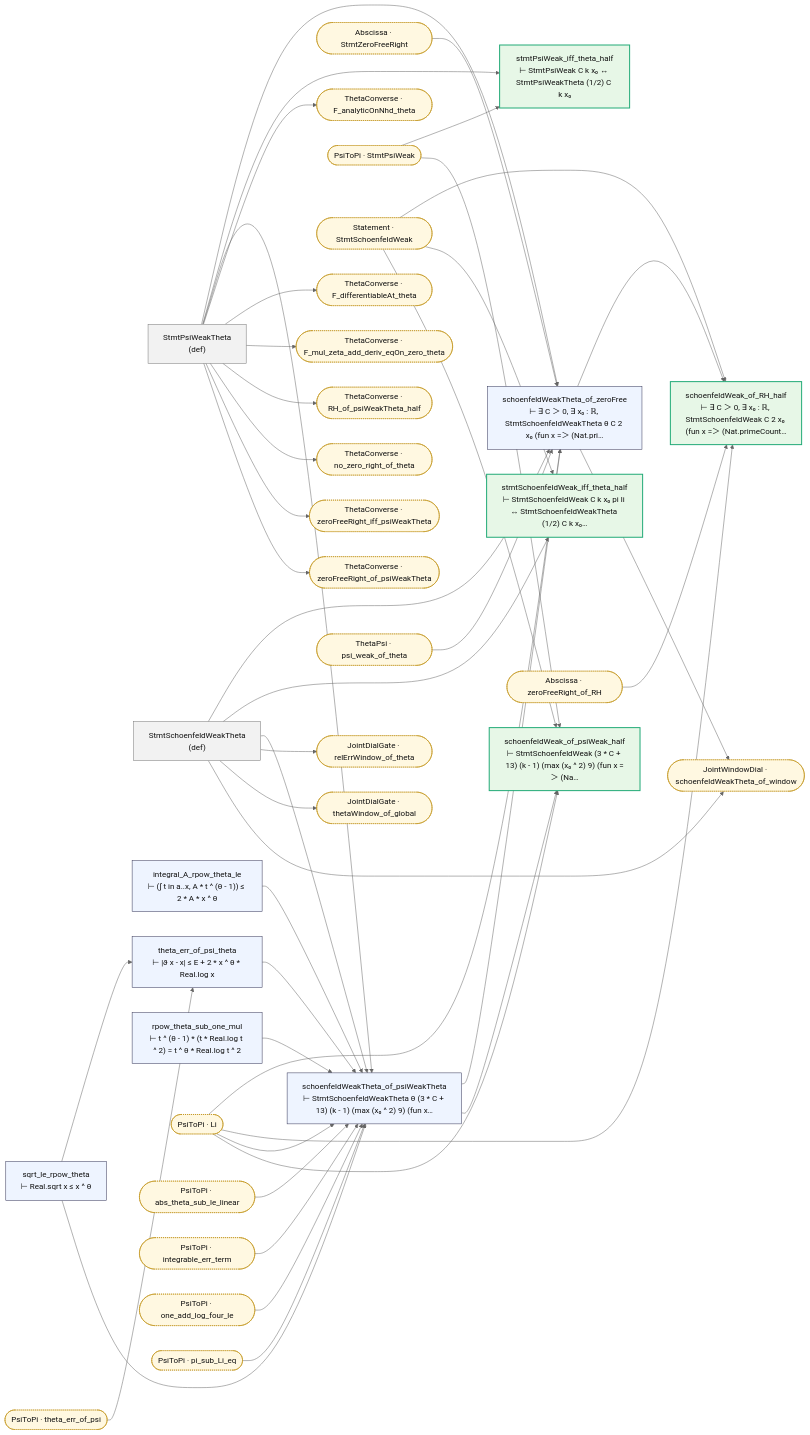
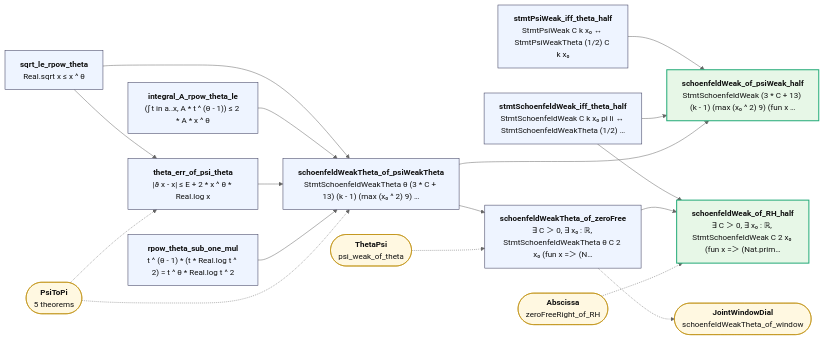
Before and after one commit to juliansambranojr/Primebeat_081426: the diagram in map/lean_stage3/ThetaPi.md, drawn with Mermaid (neutral theme). The commit also changed other lines of this file and 387 other files, not shown here.

````diff
--- a/map/lean_stage3/ThetaPi.md
+++ b/map/lean_stage3/ThetaPi.md
@@ -8,84 +12,38 @@
 ```mermaid
 flowchart LR
-  n0["StmtPsiWeakTheta<br/>(def)"]:::dfn
-  n1["StmtSchoenfeldWeakTheta<br/>(def)"]:::dfn
-  n2["stmtPsiWeak_iff_theta_half<br/>⊢ StmtPsiWeak C k x₀ ↔ StmtPsiWeakTheta (1/2) C k x₀"]:::end_
-  n3["stmtSchoenfeldWeak_iff_theta_half<br/>⊢ StmtSchoenfeldWeak C k x₀ pi li ↔ StmtSchoenfeldWeakTheta (1/2) C k x₀…"]:::end_
-  n4["sqrt_le_rpow_theta<br/>⊢ Real.sqrt x ≤ x ^ θ"]:::thm
-  n5["integral_A_rpow_theta_le<br/>⊢ (∫ t in a..x, A * t ^ (θ - 1)) ≤ 2 * A * x ^ θ"]:::thm
-  n6["theta_err_of_psi_theta<br/>⊢ |ϑ x - x| ≤ E + 2 * x ^ θ * Real.log x"]:::thm
-  n7["rpow_theta_sub_one_mul<br/>⊢ t ^ (θ - 1) * (t * Real.log t ^ 2) = t ^ θ * Real.log t ^ 2"]:::thm
-  n8["schoenfeldWeakTheta_of_psiWeakTheta<br/>⊢ StmtSchoenfeldWeakTheta θ (3 * C + 13) (k - 1) (max (x₀ ^ 2) 9) (fun x…"]:::thm
-  n9["schoenfeldWeak_of_psiWeak_half<br/>⊢ StmtSchoenfeldWeak (3 * C + 13) (k - 1) (max (x₀ ^ 2) 9) (fun x =＞ (Na…"]:::end_
-  n10["schoenfeldWeakTheta_of_zeroFree<br/>⊢ ∃ C ＞ 0, ∃ x₀ : ℝ, StmtSchoenfeldWeakTheta θ C 2 x₀ (fun x =＞ (Nat.pri…"]:::thm
-  n11["schoenfeldWeak_of_RH_half<br/>⊢ ∃ C ＞ 0, ∃ x₀ : ℝ, StmtSchoenfeldWeak C 2 x₀ (fun x =＞ (Nat.primeCount…"]:::end_
-  x0(["Abscissa · StmtZeroFreeRight"]):::ext
-  x1(["Abscissa · zeroFreeRight_of_RH"]):::ext
-  x2(["JointDialGate · relErrWindow_of_theta"]):::ext
-  x3(["JointDialGate · thetaWindow_of_global"]):::ext
-  x4(["JointWindowDial · schoenfeldWeakTheta_of_window"]):::ext
-  x5(["PsiToPi · Li"]):::ext
-  x6(["PsiToPi · StmtPsiWeak"]):::ext
-  x7(["PsiToPi · abs_theta_sub_le_linear"]):::ext
-  x8(["PsiToPi · integrable_err_term"]):::ext
-  x9(["PsiToPi · one_add_log_four_le"]):::ext
-  x10(["PsiToPi · pi_sub_Li_eq"]):::ext
-  x11(["PsiToPi · theta_err_of_psi"]):::ext
-  x12(["Statement · StmtSchoenfeldWeak"]):::ext
-  x13(["ThetaConverse · F_analyticOnNhd_theta"]):::ext
-  x14(["ThetaConverse · F_differentiableAt_theta"]):::ext
-  x15(["ThetaConverse · F_mul_zeta_add_deriv_eqOn_zero_theta"]):::ext
-  x16(["ThetaConverse · RH_of_psiWeakTheta_half"]):::ext
-  x17(["ThetaConverse · no_zero_right_of_theta"]):::ext
-  x18(["ThetaConverse · zeroFreeRight_iff_psiWeakTheta"]):::ext
-  x19(["ThetaConverse · zeroFreeRight_of_psiWeakTheta"]):::ext
-  x20(["ThetaPsi · psi_weak_of_theta"]):::ext
-  n0 --> n10
-  n0 --> n2
-  n0 --> n8
-  n0 --> x13
-  n0 --> x14
-  n0 --> x15
-  n0 --> x16
-  n0 --> x17
-  n0 --> x18
-  n0 --> x19
-  n1 --> n10
-  n1 --> n3
-  n1 --> n8
-  n1 --> x2
-  n1 --> x3
-  n1 --> x4
-  n10 --> n11
-  n10 --> x4
+  n0["<b>stmtPsiWeak_iff_theta_half</b><br/>StmtPsiWeak C k x₀ ↔ StmtPsiWeakTheta (1/2) C k x₀"]:::thm
+  n1["<b>stmtSchoenfeldWeak_iff_theta_half</b><br/>StmtSchoenfeldWeak C k x₀ pi li ↔ StmtSchoenfeldWeakTheta (1/2) …"]:::thm
+  n2["<b>sqrt_le_rpow_theta</b><br/>Real.sqrt x ≤ x ^ θ"]:::thm
+  n3["<b>integral_A_rpow_theta_le</b><br/>(∫ t in a..x, A * t ^ (θ - 1)) ≤ 2 * A * x ^ θ"]:::thm
+  n4["<b>theta_err_of_psi_theta</b><br/>|ϑ x - x| ≤ E + 2 * x ^ θ * Real.log x"]:::thm
+  n5["<b>rpow_theta_sub_one_mul</b><br/>t ^ (θ - 1) * (t * Real.log t ^ 2) = t ^ θ * Real.log t ^ 2"]:::thm
+  n6["<b>schoenfeldWeakTheta_of_psiWeakTheta</b><br/>StmtSchoenfeldWeakTheta θ (3 * C + 13) (k - 1) (max (x₀ ^ 2) 9) …"]:::thm
+  n7["<b>schoenfeldWeak_of_psiWeak_half</b><br/>StmtSchoenfeldWeak (3 * C + 13) (k - 1) (max (x₀ ^ 2) 9) (fun x …"]:::end_
+  n8["<b>schoenfeldWeakTheta_of_zeroFree</b><br/>∃ C ＞ 0, ∃ x₀ : ℝ, StmtSchoenfeldWeakTheta θ C 2 x₀ (fun x =＞ (N…"]:::thm
+  n9["<b>schoenfeldWeak_of_RH_half</b><br/>∃ C ＞ 0, ∃ x₀ : ℝ, StmtSchoenfeldWeak C 2 x₀ (fun x =＞ (Nat.prim…"]:::end_
+  x0(["<b>PsiToPi</b><br/>5 theorems"]):::ext
+  x1(["<b>ThetaPsi</b><br/>psi_weak_of_theta"]):::ext
+  x2(["<b>JointWindowDial</b><br/>schoenfeldWeakTheta_of_window"]):::ext
+  x3(["<b>Abscissa</b><br/>zeroFreeRight_of_RH"]):::ext
+  n0 --> n7
+  n1 --> n7
+  n1 --> n9
+  n2 --> n4
+  n2 --> n6
+  n3 --> n6
   n4 --> n6
-  n4 --> n8
-  n5 --> n8
+  n5 --> n6
+  n6 --> n7
   n6 --> n8
-  n7 --> n8
-  n8 --> n10
   n8 --> n9
-  x0 --> n10
-  x1 --> n11
-  x10 --> n8
-  x11 --> n6
-  x12 --> n11
-  x12 --> n3
-  x12 --> n9
-  x20 --> n10
-  x5 --> n10
-  x5 --> n11
-  x5 --> n8
-  x5 --> n9
-  x6 --> n2
-  x6 --> n9
-  x7 --> n8
-  x8 --> n8
-  x9 --> n8
+  n8 -.-> x2
+  x0 -.-> n4
+  x0 -.-> n6
+  x1 -.-> n8
+  x3 -.-> n9
   classDef thm fill:#eef4ff,stroke:#335,color:#111
-  classDef dfn fill:#f2f2f2,stroke:#777,color:#111
   classDef end_ fill:#e7f7e7,stroke:#2a7,color:#111,stroke-width:2px
   classDef lone fill:#fff,stroke:#999,color:#111,stroke-dasharray:4 3
   classDef bad fill:#ffe5e5,stroke:#c22,color:#111,stroke-width:2px
-  classDef ext fill:#fff8e1,stroke:#b80,color:#111,stroke-dasharray:2 2
+  classDef ext fill:#fff8e1,stroke:#b80,color:#111
 ```
````
